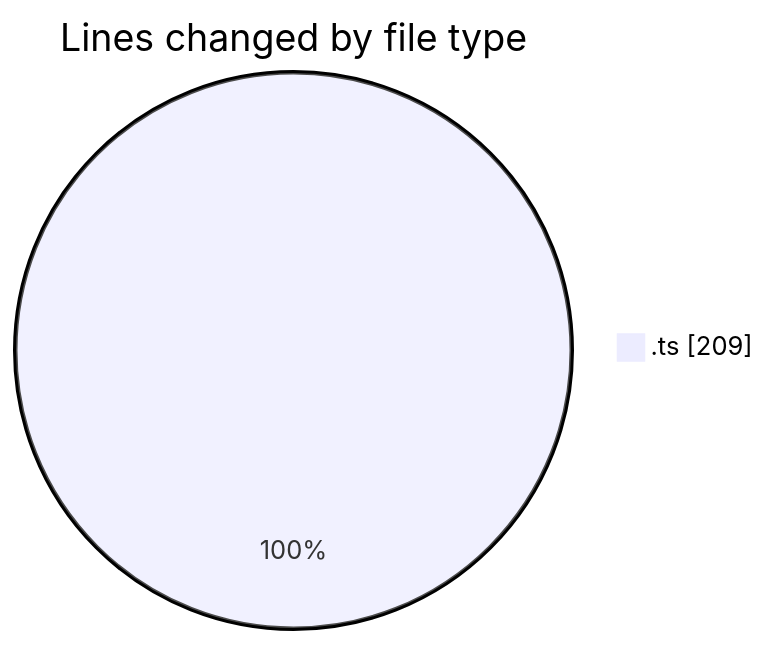
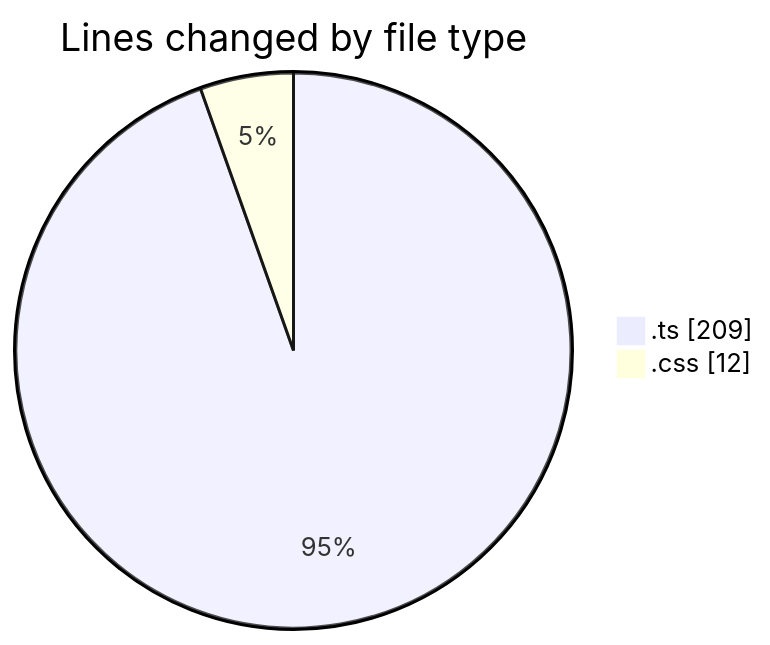
The first of 2 diagrams in 2025-02-03/nre-mbc-frontend/README.md (robertbonfada/code-tracking), drawn with Mermaid before and after one commit. The commit also changed other lines of this file and 1 other file, not shown here.

````diff
--- a/2025-02-03/nre-mbc-frontend/README.md
+++ b/2025-02-03/nre-mbc-frontend/README.md
@@ -20,5 +21,6 @@
 ```mermaid
 pie showData
 title Lines changed by file type
 ".ts" : 209
+".css" : 12
 ```
````
